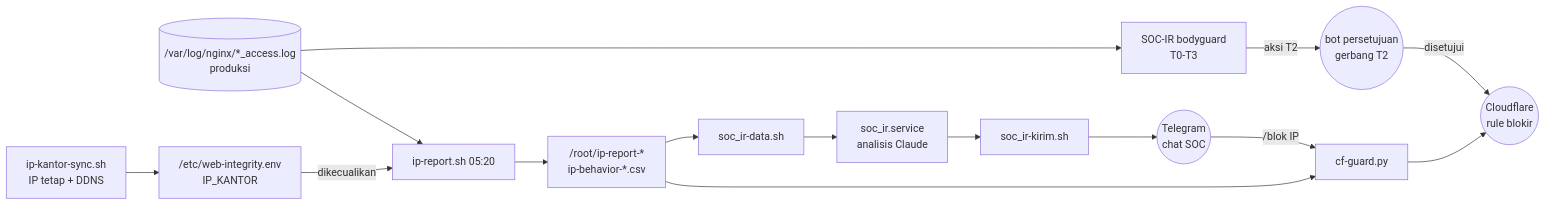
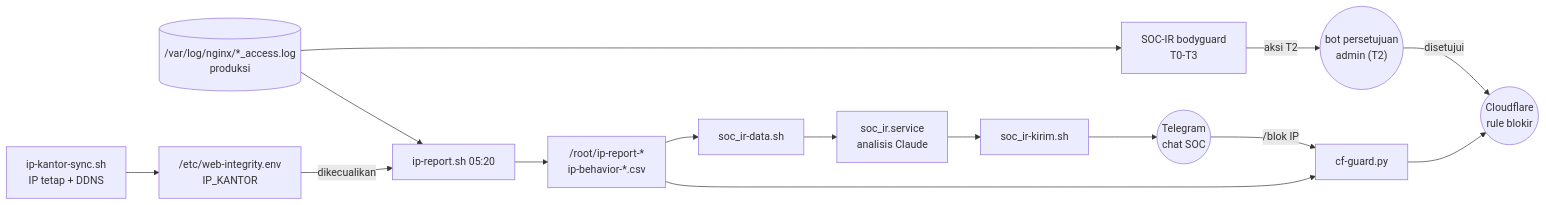
The third of 5 diagrams in STRUKTUR.md (muhammadandykmaulana/lab-reproduksi), drawn with Mermaid before and after one commit. The commit also changed other lines of this file and 120 other files, not shown here.

````diff
--- a/STRUKTUR.md
+++ b/STRUKTUR.md
@@ -250,26 +251,26 @@
 ```mermaid
 flowchart LR
   LOG[("/var/log/nginx/*_access.log<br/>produksi")]
   ENV["/etc/web-integrity.env<br/>IP_KANTOR"]
   IPS["ip-kantor-sync.sh<br/>IP tetap + DDNS"]
   IR["ip-report.sh 05:20"]
   RPT["/root/ip-report-*<br/>ip-behavior-*.csv"]
   CG["cf-guard.py"]
   CF(("Cloudflare<br/>rule blokir"))
   SD["soc_ir-data.sh"]
   SI["soc_ir.service<br/>analisis Claude"]
   SK["soc_ir-kirim.sh"]
   SOC(("Telegram<br/>chat SOC"))
   BG["SOC-IR bodyguard<br/>T0-T3"]
-  GT(("bot persetujuan<br/>gerbang T2"))
+  GT(("bot persetujuan<br/>admin (T2)"))
 
   IPS --> ENV
   LOG --> IR
   ENV -- "dikecualikan" --> IR
   IR --> RPT --> CG --> CF
   RPT --> SD --> SI --> SK --> SOC
   SOC -- "/blok IP" --> CG
   LOG --> BG
   BG -- "aksi T2" --> GT
   GT -- "disetujui" --> CF
 ```
````
